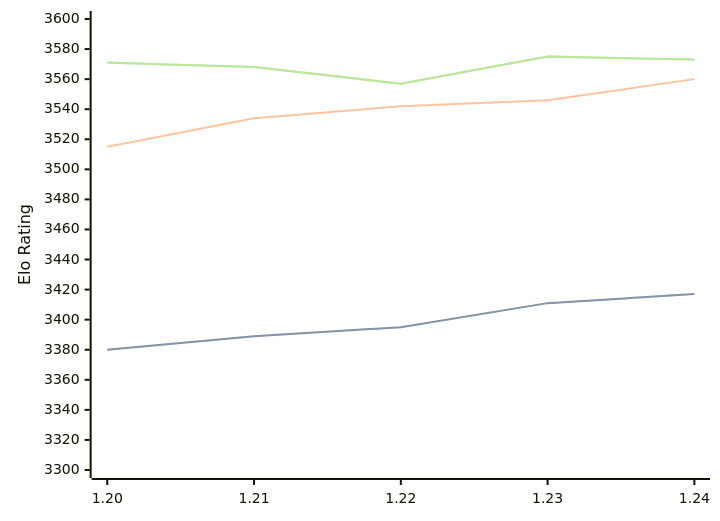
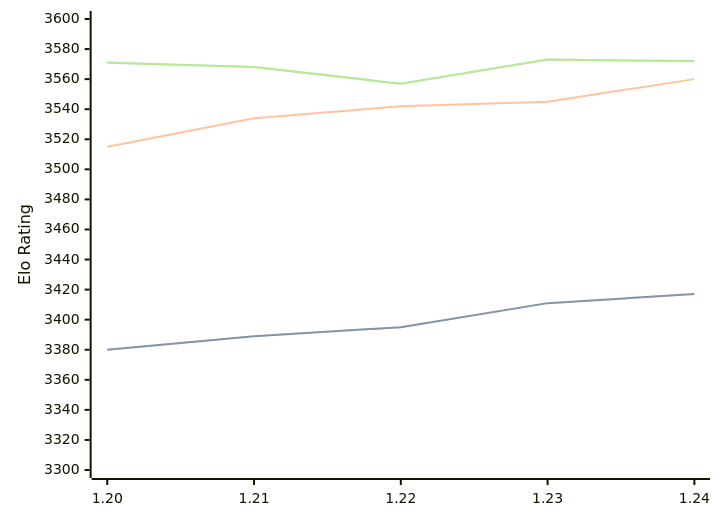
One commit to computer-chess-index/cci changed the diagram in engines/Caissa.md. Above: the diagram before and after it, drawn with Mermaid. The commit also changed other lines of this file, not shown here.

Commit message:
Update CCI Ratings (ELO VLTC) - 2026-03-19

````diff
--- a/engines/Caissa.md
+++ b/engines/Caissa.md
@@ -62,11 +64,11 @@
 ```mermaid
 %%{init: {"theme":"base","themeVariables":{"seriesColors:['#a3a3a3','#222221','#faa371']}}}%%
 xychart-beta
   x-axis ["1.20", "1.21", "1.22", "1.23", "1.24"]
   y-axis "Elo Rating" 3300 --> 3600
   line "STC (8.0+0.08s)" [3380, 3389, 3395, 3411, 3417]
   line "STC (8.0+0.08s)" [3380, 3389, 3395, 3411, 3417]
-  line "LTC (60.0+0.60s)" [3515, 3534, 3542, 3546, 3560]
-  line "VLTC (2m24s+1.12s)" [3571, 3568, 3557, 3575, 3573]
-  line "VLTC (2m24s+1.12s)" [3571, 3568, 3557, 3575, 3573]
+  line "LTC (60.0+0.60s)" [3515, 3534, 3542, 3545, 3560]
+  line "VLTC (2m24s+1.12s)" [3571, 3568, 3557, 3573, 3572]
+  line "VLTC (2m24s+1.12s)" [3571, 3568, 3557, 3573, 3572]
 ```
````
